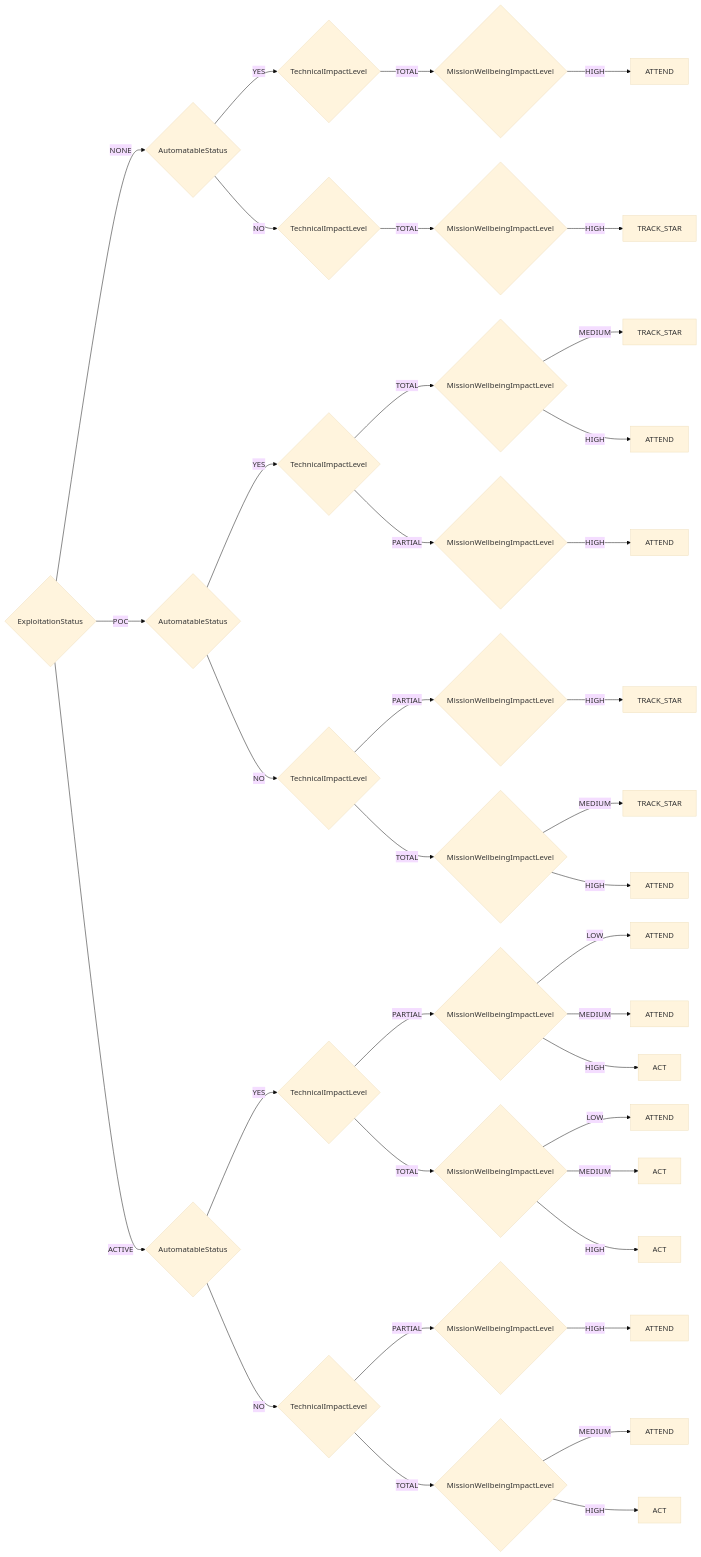
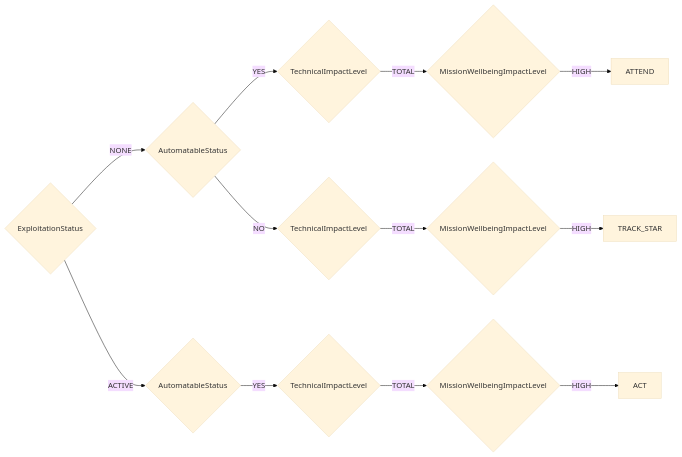
One commit to Vulnetix/python-ssvc changed the diagram in README.md. Above: the diagram before and after it, drawn with Mermaid (base theme). The commit also changed other lines of this file and 29 other files, not shown here.

First line of the commit message:
feat: Add comprehensive schema validation and checksum verification system

````diff
--- a/README.md
+++ b/README.md
@@ -33,76 +310,26 @@
 ```mermaid
 flowchart LR
     ExploitationStatus_1{ExploitationStatus}
     AutomatableStatus_2{AutomatableStatus}
     ExploitationStatus_1 -->|NONE| AutomatableStatus_2
     TechnicalImpactLevel_3{TechnicalImpactLevel}
     AutomatableStatus_2 -->|YES| TechnicalImpactLevel_3
     MissionWellbeingImpactLevel_4{MissionWellbeingImpactLevel}
     TechnicalImpactLevel_3 -->|TOTAL| MissionWellbeingImpactLevel_4
     Action_ATTEND_5[ATTEND]
     MissionWellbeingImpactLevel_4 -->|HIGH| Action_ATTEND_5
     TechnicalImpactLevel_6{TechnicalImpactLevel}
     AutomatableStatus_2 -->|NO| TechnicalImpactLevel_6
     MissionWellbeingImpactLevel_7{MissionWellbeingImpactLevel}
     TechnicalImpactLevel_6 -->|TOTAL| MissionWellbeingImpactLevel_7
     Action_TRACK_STAR_8[TRACK_STAR]
     MissionWellbeingImpactLevel_7 -->|HIGH| Action_TRACK_STAR_8
     AutomatableStatus_9{AutomatableStatus}
-    ExploitationStatus_1 -->|POC| AutomatableStatus_9
+    ExploitationStatus_1 -->|ACTIVE| AutomatableStatus_9
     TechnicalImpactLevel_10{TechnicalImpactLevel}
     AutomatableStatus_9 -->|YES| TechnicalImpactLevel_10
     MissionWellbeingImpactLevel_11{MissionWellbeingImpactLevel}
     TechnicalImpactLevel_10 -->|TOTAL| MissionWellbeingImpactLevel_11
-    Action_TRACK_STAR_12[TRACK_STAR]
-    MissionWellbeingImpactLevel_11 -->|MEDIUM| Action_TRACK_STAR_12
-    Action_ATTEND_13[ATTEND]
-    MissionWellbeingImpactLevel_11 -->|HIGH| Action_ATTEND_13
-    MissionWellbeingImpactLevel_14{MissionWellbeingImpactLevel}
-    TechnicalImpactLevel_10 -->|PARTIAL| MissionWellbeingImpactLevel_14
-    Action_ATTEND_15[ATTEND]
-    MissionWellbeingImpactLevel_14 -->|HIGH| Action_ATTEND_15
-    TechnicalImpactLevel_16{TechnicalImpactLevel}
-    AutomatableStatus_9 -->|NO| TechnicalImpactLevel_16
-    MissionWellbeingImpactLevel_17{MissionWellbeingImpactLevel}
-    TechnicalImpactLevel_16 -->|PARTIAL| MissionWellbeingImpactLevel_17
-    Action_TRACK_STAR_18[TRACK_STAR]
-    MissionWellbeingImpactLevel_17 -->|HIGH| Action_TRACK_STAR_18
-    MissionWellbeingImpactLevel_19{MissionWellbeingImpactLevel}
-    TechnicalImpactLevel_16 -->|TOTAL| MissionWellbeingImpactLevel_19
-    Action_TRACK_STAR_20[TRACK_STAR]
-    MissionWellbeingImpactLevel_19 -->|MEDIUM| Action_TRACK_STAR_20
-    Action_ATTEND_21[ATTEND]
-    MissionWellbeingImpactLevel_19 -->|HIGH| Action_ATTEND_21
-    AutomatableStatus_22{AutomatableStatus}
-    ExploitationStatus_1 -->|ACTIVE| AutomatableStatus_22
-    TechnicalImpactLevel_23{TechnicalImpactLevel}
-    AutomatableStatus_22 -->|YES| TechnicalImpactLevel_23
-    MissionWellbeingImpactLevel_24{MissionWellbeingImpactLevel}
-    TechnicalImpactLevel_23 -->|PARTIAL| MissionWellbeingImpactLevel_24
-    Action_ATTEND_25[ATTEND]
-    MissionWellbeingImpactLevel_24 -->|LOW| Action_ATTEND_25
-    Action_ATTEND_26[ATTEND]
-    MissionWellbeingImpactLevel_24 -->|MEDIUM| Action_ATTEND_26
-    Action_ACT_27[ACT]
-    MissionWellbeingImpactLevel_24 -->|HIGH| Action_ACT_27
-    MissionWellbeingImpactLevel_28{MissionWellbeingImpactLevel}
-    TechnicalImpactLevel_23 -->|TOTAL| MissionWellbeingImpactLevel_28
-    Action_ATTEND_29[ATTEND]
-    MissionWellbeingImpactLevel_28 -->|LOW| Action_ATTEND_29
-    Action_ACT_30[ACT]
-    MissionWellbeingImpactLevel_28 -->|MEDIUM| Action_ACT_30
-    Action_ACT_31[ACT]
-    MissionWellbeingImpactLevel_28 -->|HIGH| Action_ACT_31
-    TechnicalImpactLevel_32{TechnicalImpactLevel}
-    AutomatableStatus_22 -->|NO| TechnicalImpactLevel_32
-    MissionWellbeingImpactLevel_33{MissionWellbeingImpactLevel}
-    TechnicalImpactLevel_32 -->|PARTIAL| MissionWellbeingImpactLevel_33
-    Action_ATTEND_34[ATTEND]
-    MissionWellbeingImpactLevel_33 -->|HIGH| Action_ATTEND_34
-    MissionWellbeingImpactLevel_35{MissionWellbeingImpactLevel}
-    TechnicalImpactLevel_32 -->|TOTAL| MissionWellbeingImpactLevel_35
-    Action_ATTEND_36[ATTEND]
-    MissionWellbeingImpactLevel_35 -->|MEDIUM| Action_ATTEND_36
-    Action_ACT_37[ACT]
-    MissionWellbeingImpactLevel_35 -->|HIGH| Action_ACT_37
+    Action_ACT_12[ACT]
+    MissionWellbeingImpactLevel_11 -->|HIGH| Action_ACT_12
 ```
````
